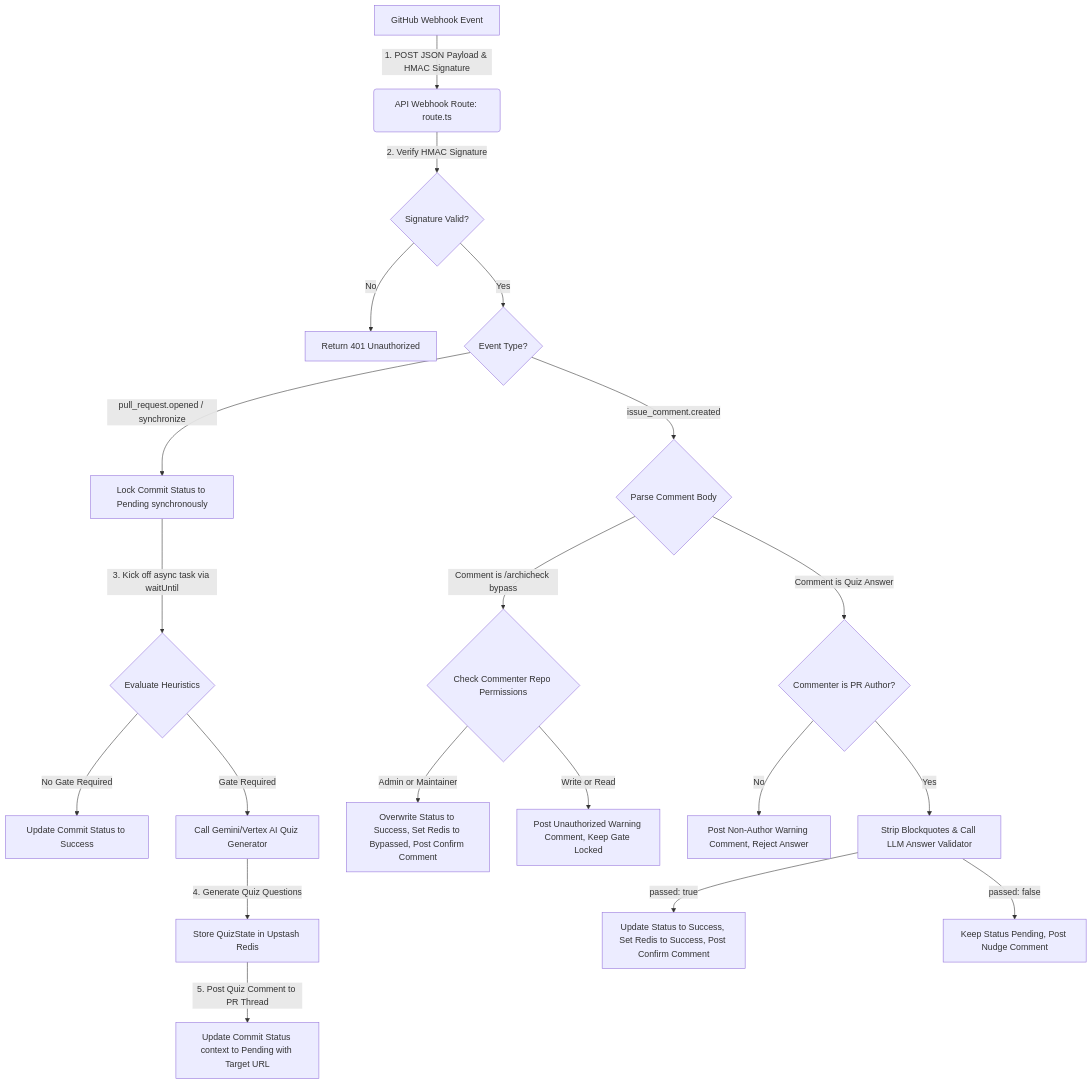
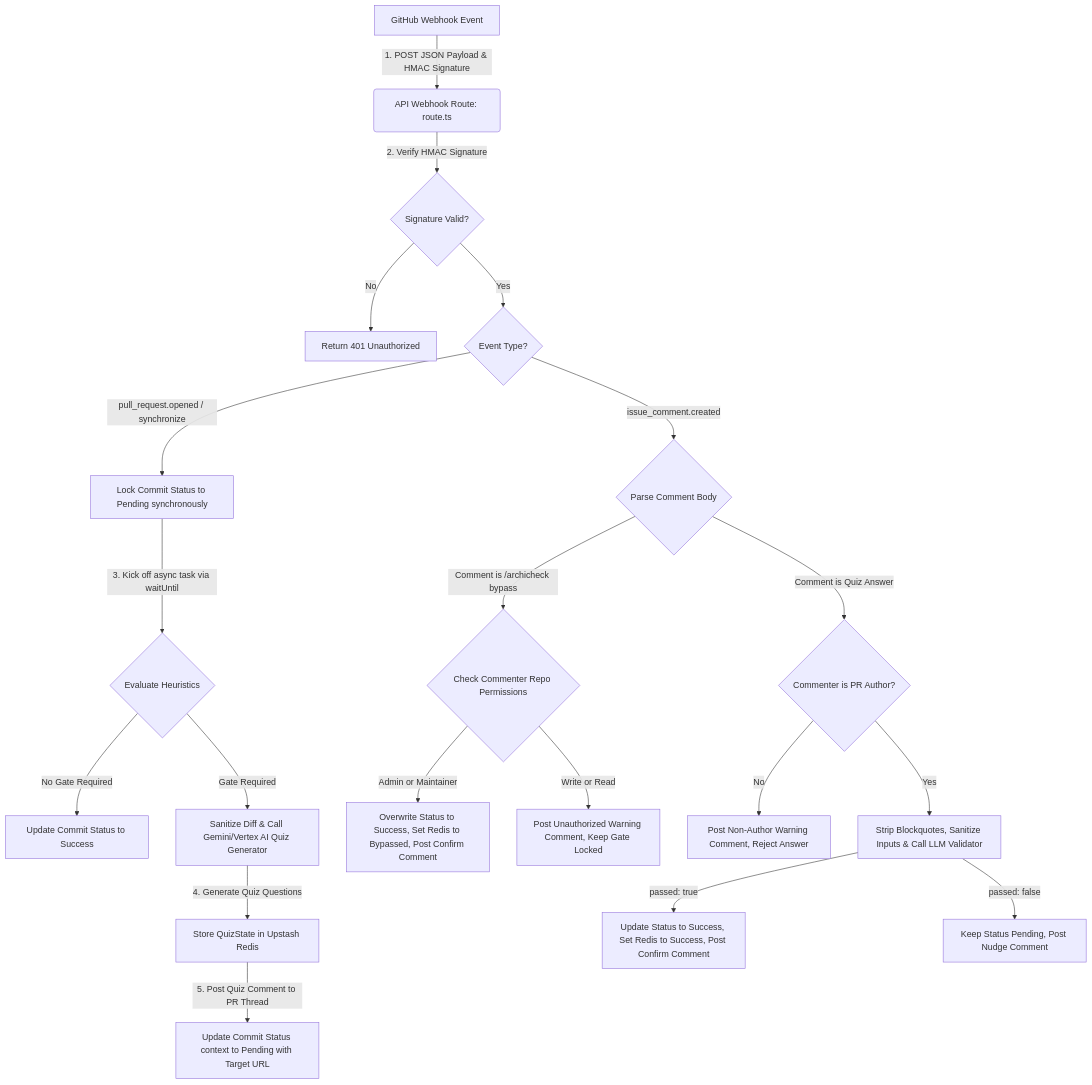
Before and after one commit to tinhct/archi-check: the diagram in docs/Architecture/Data_Flow_Diagram.md, drawn with Mermaid. The commit also changed 2 other files, not shown here.

Commit message:
docs: update sequence, data flow, and workflow diagrams to include input tag sanitization checkpoints

````diff
--- a/docs/Architecture/Data_Flow_Diagram.md
+++ b/docs/Architecture/Data_Flow_Diagram.md
@@ -7,25 +7,25 @@
 ```mermaid
 graph TD
     A[GitHub Webhook Event] -->|1. POST JSON Payload & HMAC Signature| B(API Webhook Route: route.ts)
     B -->|2. Verify HMAC Signature| C{Signature Valid?}
     C -->|No| D[Return 401 Unauthorized]
     C -->|Yes| E{Event Type?}
     
     E -->|pull_request.opened / synchronize| F[Lock Commit Status to Pending synchronously]
     F -->|3. Kick off async task via waitUntil| G{Evaluate Heuristics}
     G -->|No Gate Required| H[Update Commit Status to Success]
-    G -->|Gate Required| I[Call Gemini/Vertex AI Quiz Generator]
+    G -->|Gate Required| I[Sanitize Diff & Call Gemini/Vertex AI Quiz Generator]
     I -->|4. Generate Quiz Questions| J[Store QuizState in Upstash Redis]
     J -->|5. Post Quiz Comment to PR Thread| K[Update Commit Status context to Pending with Target URL]
     
     E -->|issue_comment.created| L{Parse Comment Body}
     L -->|Comment is /archicheck bypass| M{Check Commenter Repo Permissions}
     M -->|Admin or Maintainer| N[Overwrite Status to Success, Set Redis to Bypassed, Post Confirm Comment]
     M -->|Write or Read| O[Post Unauthorized Warning Comment, Keep Gate Locked]
     
     L -->|Comment is Quiz Answer| P{Commenter is PR Author?}
     P -->|No| Q[Post Non-Author Warning Comment, Reject Answer]
-    P -->|Yes| R[Strip Blockquotes & Call LLM Answer Validator]
+    P -->|Yes| R[Strip Blockquotes, Sanitize Inputs & Call LLM Validator]
     R -->|passed: true| S[Update Status to Success, Set Redis to Success, Post Confirm Comment]
     R -->|passed: false| T[Keep Status Pending, Post Nudge Comment]
 ```
````
